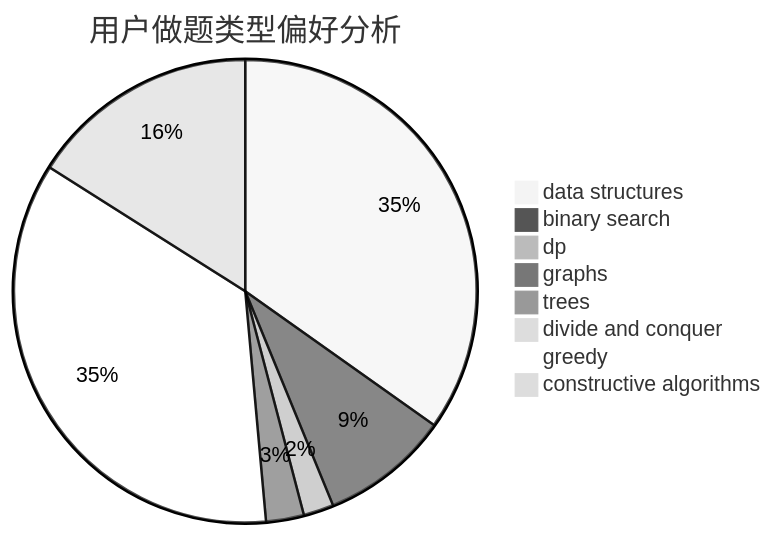
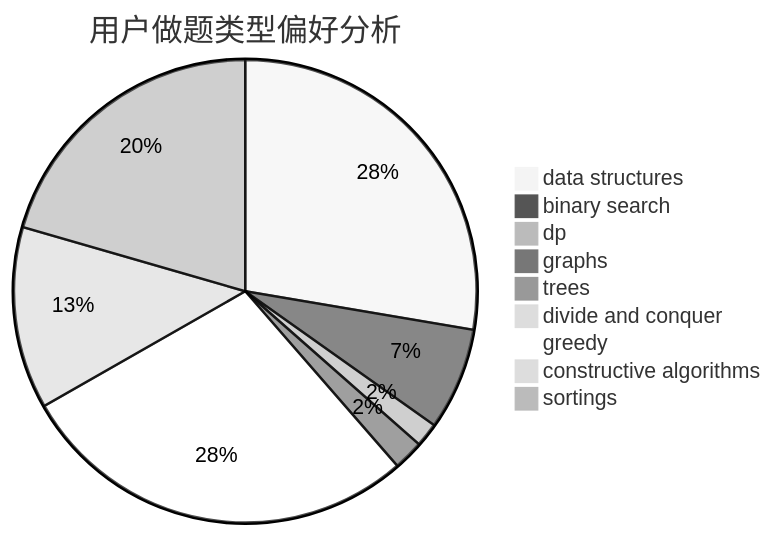
Before and after one commit to sherpahu/cfrs.github.io: the second of 3 diagrams in docs/user/u1317.md, drawn with Mermaid (neutral theme). The commit also changed other lines of this file and 2769 other files, not shown here.

````diff
--- a/docs/user/u1317.md
+++ b/docs/user/u1317.md
@@ -23,11 +18,12 @@
 ```mermaid
 pie title 用户做题类型偏好分析
     "data structures" :  461
     "binary search" :  119
     "dp" :  28
     "graphs" :  35
     "trees" :  7
     "divide and conquer" :  0
     "greedy" :  469
     "constructive algorithms" :  212
+    "sortings" :  342
 ```
````
